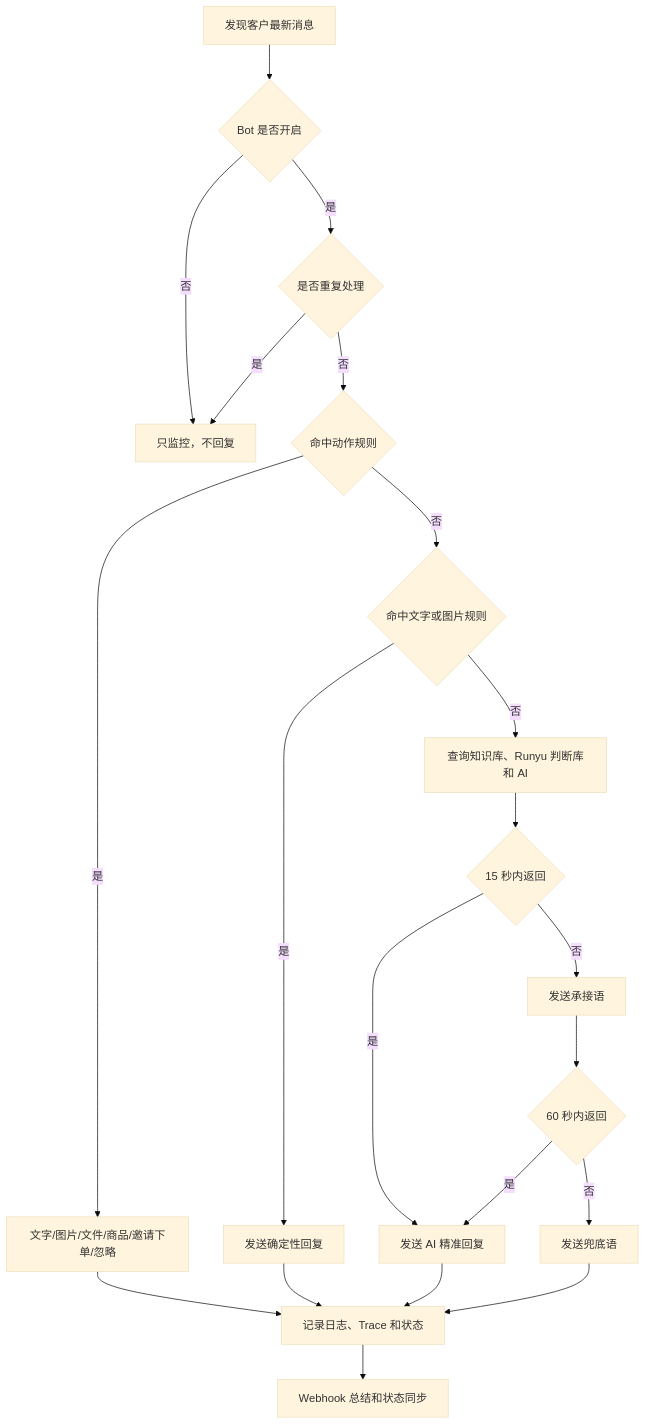
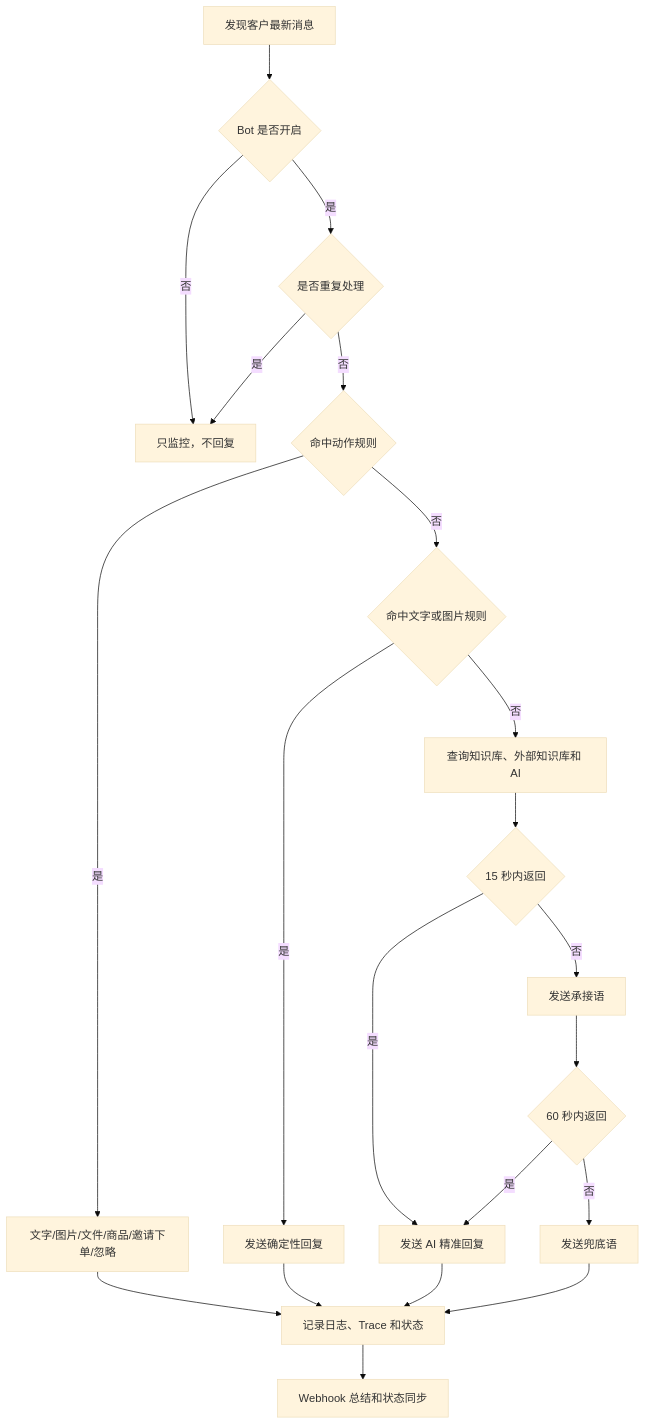
Before and after one commit to JahanHe/wechat-autoreply: the diagram in README.md, drawn with Mermaid (base theme). The commit also changed other lines of this file and 43 other files, not shown here.

````diff
--- a/README.md
+++ b/README.md
@@ -68,23 +68,23 @@
 ```mermaid
 flowchart TD
   A["发现客户最新消息"] --> B{"Bot 是否开启"}
   B -- "否" --> Z["只监控，不回复"]
   B -- "是" --> C{"是否重复处理"}
   C -- "是" --> Z
   C -- "否" --> D{"命中动作规则"}
   D -- "是" --> E["文字/图片/文件/商品/邀请下单/忽略"]
   D -- "否" --> F{"命中文字或图片规则"}
   F -- "是" --> G["发送确定性回复"]
-  F -- "否" --> H["查询知识库、Runyu 判断库和 AI"]
+  F -- "否" --> H["查询知识库、外部知识库和 AI"]
   H --> I{"15 秒内返回"}
   I -- "是" --> J["发送 AI 精准回复"]
   I -- "否" --> K["发送承接语"]
   K --> L{"60 秒内返回"}
   L -- "是" --> J
   L -- "否" --> M["发送兜底语"]
   E --> R["记录日志、Trace 和状态"]
   G --> R
   J --> R
   M --> R
   R --> S["Webhook 总结和状态同步"]
 ```
````
